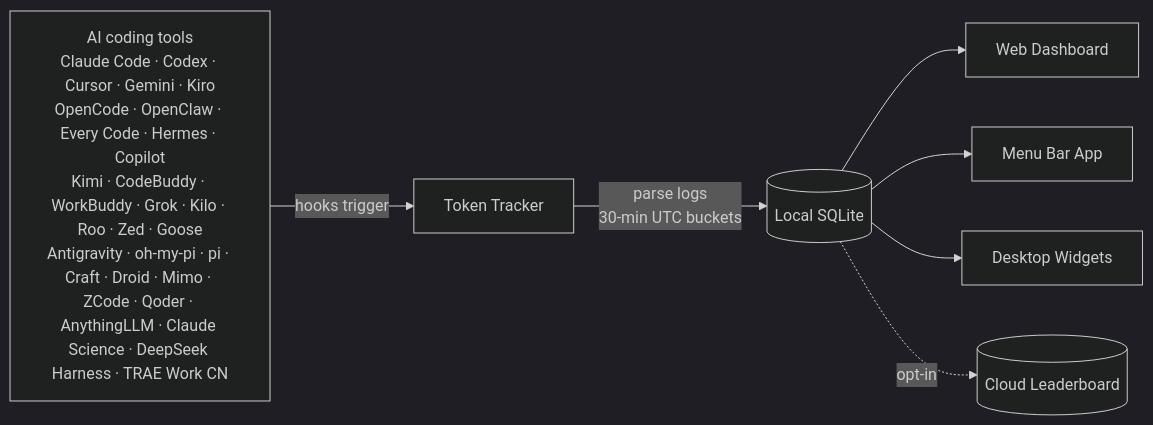
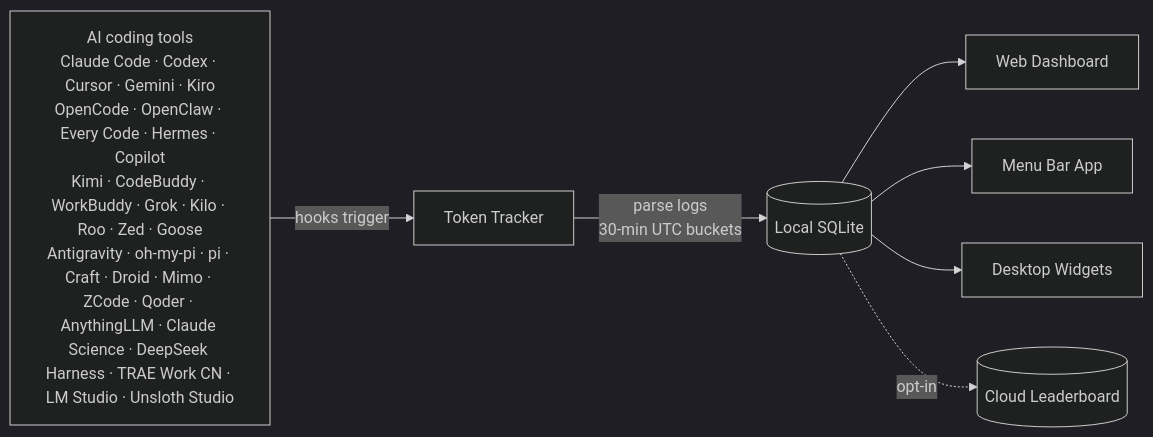
Before and after one commit to CrazyForks/TokenTracker: the diagram in README.ja.md, drawn with Mermaid (dark theme). The commit also changed other lines of this file and 31 other files, not shown here.

First line of the commit message:
Add LM Studio and Unsloth usage tracking (#552)

````diff
--- a/README.ja.md
+++ b/README.ja.md
@@ -232,10 +234,10 @@
 ```mermaid
 flowchart LR
-    A["AI coding tools<br/>Claude Code · Codex · Cursor · Gemini · Kiro<br/>OpenCode · OpenClaw · Every Code · Hermes · Copilot<br/>Kimi · CodeBuddy · WorkBuddy · Grok · Kilo · Roo · Zed · Goose<br/>Antigravity · oh-my-pi · pi · Craft · Droid · Mimo · ZCode · Qoder · AnythingLLM · Claude Science · DeepSeek Harness · TRAE Work CN"]
+    A["AI coding tools<br/>Claude Code · Codex · Cursor · Gemini · Kiro<br/>OpenCode · OpenClaw · Every Code · Hermes · Copilot<br/>Kimi · CodeBuddy · WorkBuddy · Grok · Kilo · Roo · Zed · Goose<br/>Antigravity · oh-my-pi · pi · Craft · Droid · Mimo · ZCode · Qoder · AnythingLLM · Claude Science · DeepSeek Harness · TRAE Work CN · LM Studio · Unsloth Studio"]
     A -->|hooks trigger| B[Token Tracker]
     B -->|parse logs<br/>30-min UTC buckets| C[(Local SQLite)]
     C --> D[Web Dashboard]
     C --> E[Menu Bar App]
     C --> F[Desktop Widgets]
     C -.->|opt-in| G[(Cloud Leaderboard)]
 ```
````
